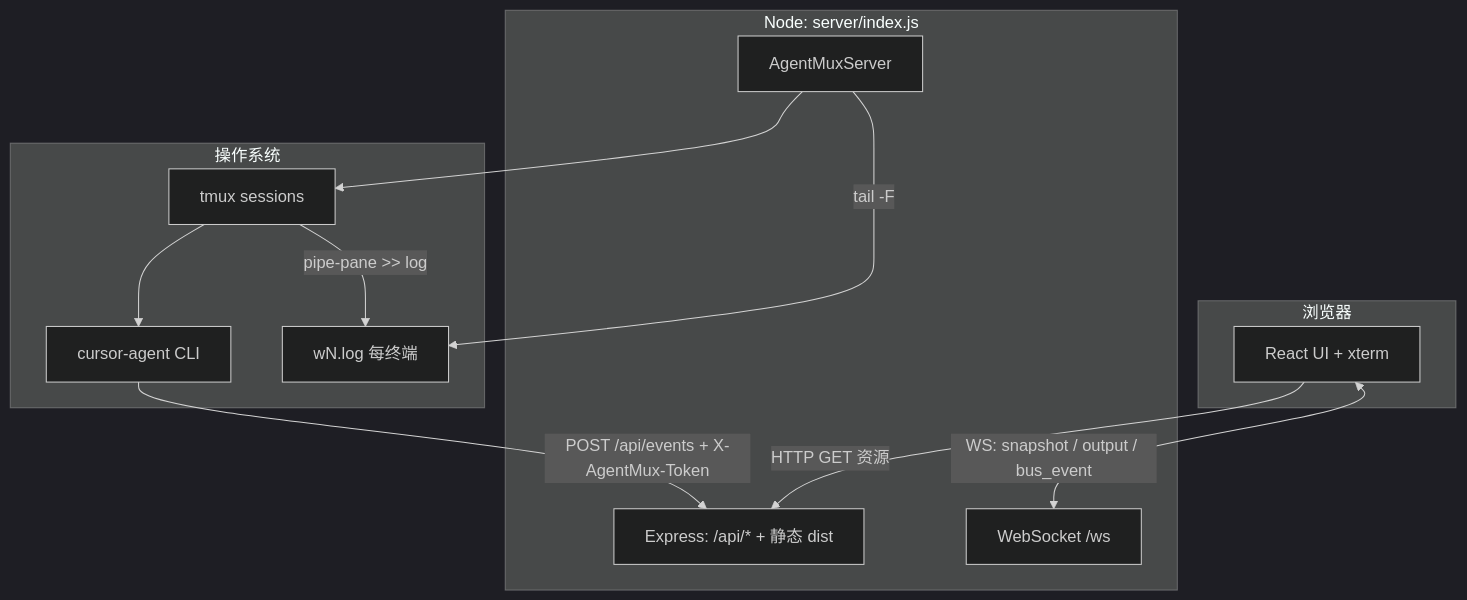
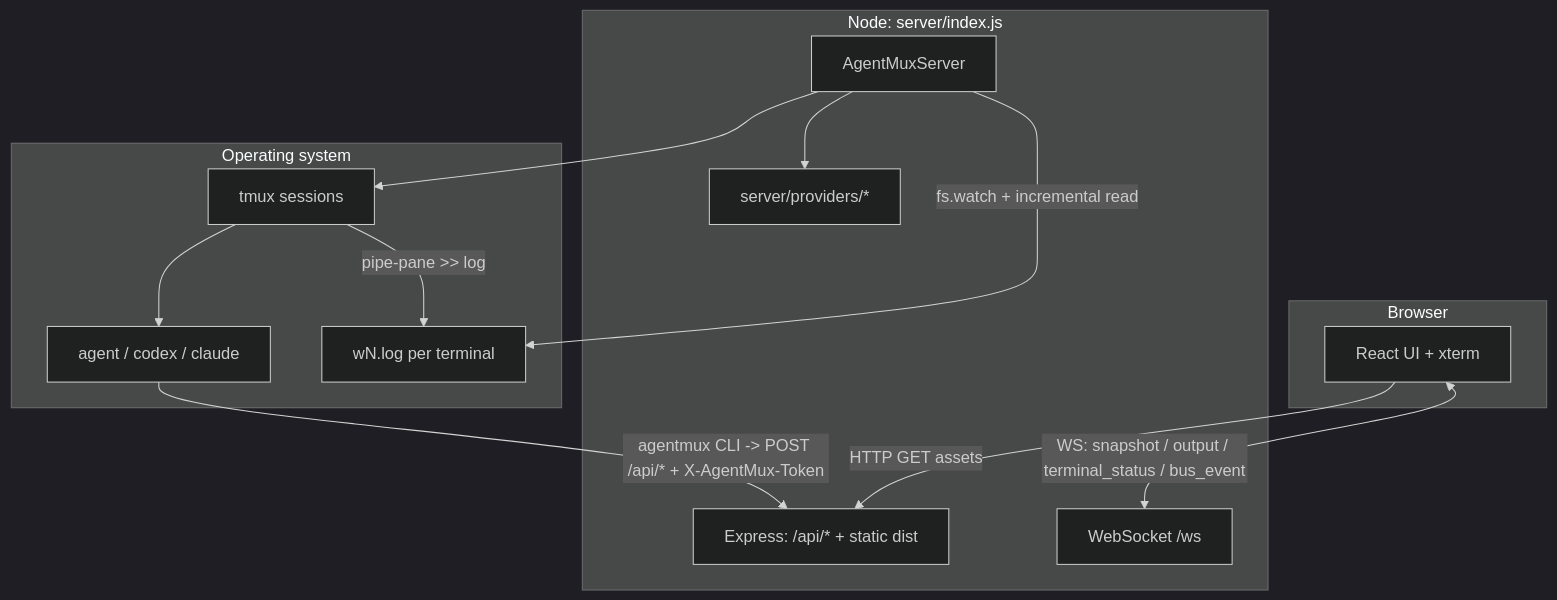
One commit to chatpoc-ai/AgentMux changed the diagram in docs/Project_Architecture.md. Above: the diagram before and after it, drawn with Mermaid (dark theme). The commit also changed other lines of this file and 8 other files, not shown here.

First line of the commit message:
docs: correct the stale architecture docs and make them bilingual

````diff
--- a/docs/Project_Architecture.md
+++ b/docs/Project_Architecture.md
@@ -33,23 +48,25 @@
 ```mermaid
 flowchart TB
-  subgraph browser["浏览器"]
+  subgraph browser["Browser"]
     UI["React UI + xterm"]
   end
   subgraph node["Node: server/index.js"]
-    HTTP["Express: /api/* + 静态 dist"]
+    HTTP["Express: /api/* + static dist"]
     WS["WebSocket /ws"]
     MUX["AgentMuxServer"]
+    PROV["server/providers/*"]
   end
-  subgraph os["操作系统"]
+  subgraph os["Operating system"]
     TMUX["tmux sessions"]
-    AGENT["cursor-agent CLI"]
-    LOG["wN.log 每终端"]
+    AGENT["agent / codex / claude"]
+    LOG["wN.log per terminal"]
   end
-  UI <-->|"WS: snapshot / output / bus_event"| WS
-  UI -->|"HTTP GET 资源"| HTTP
-  AGENT -->|"POST /api/events + X-AgentMux-Token"| HTTP
+  UI <-->|"WS: snapshot / output / terminal_status / bus_event"| WS
+  UI -->|"HTTP GET assets"| HTTP
+  AGENT -->|"agentmux CLI -> POST /api/* + X-AgentMux-Token"| HTTP
+  MUX --> PROV
   MUX --> TMUX
-  MUX -->|"tail -F"| LOG
+  MUX -->|"fs.watch + incremental read"| LOG
   TMUX -->|"pipe-pane >> log"| LOG
   TMUX --> AGENT
 ```
````
